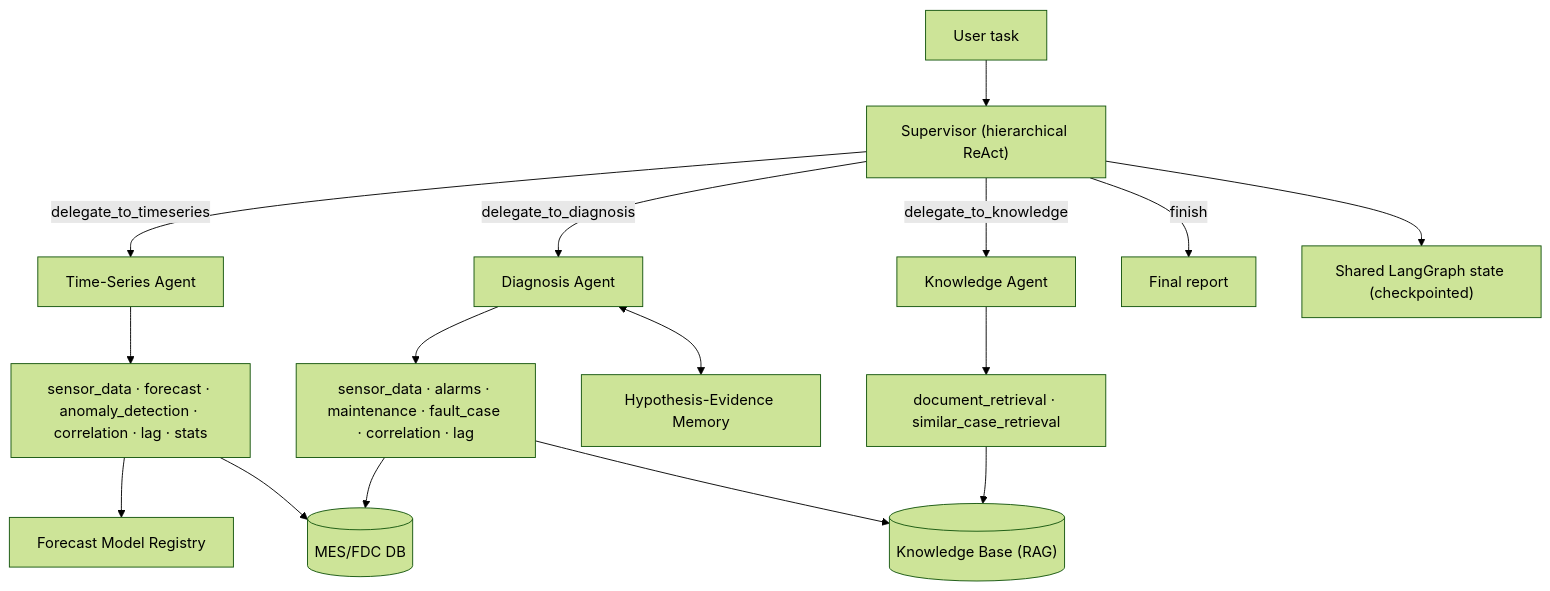
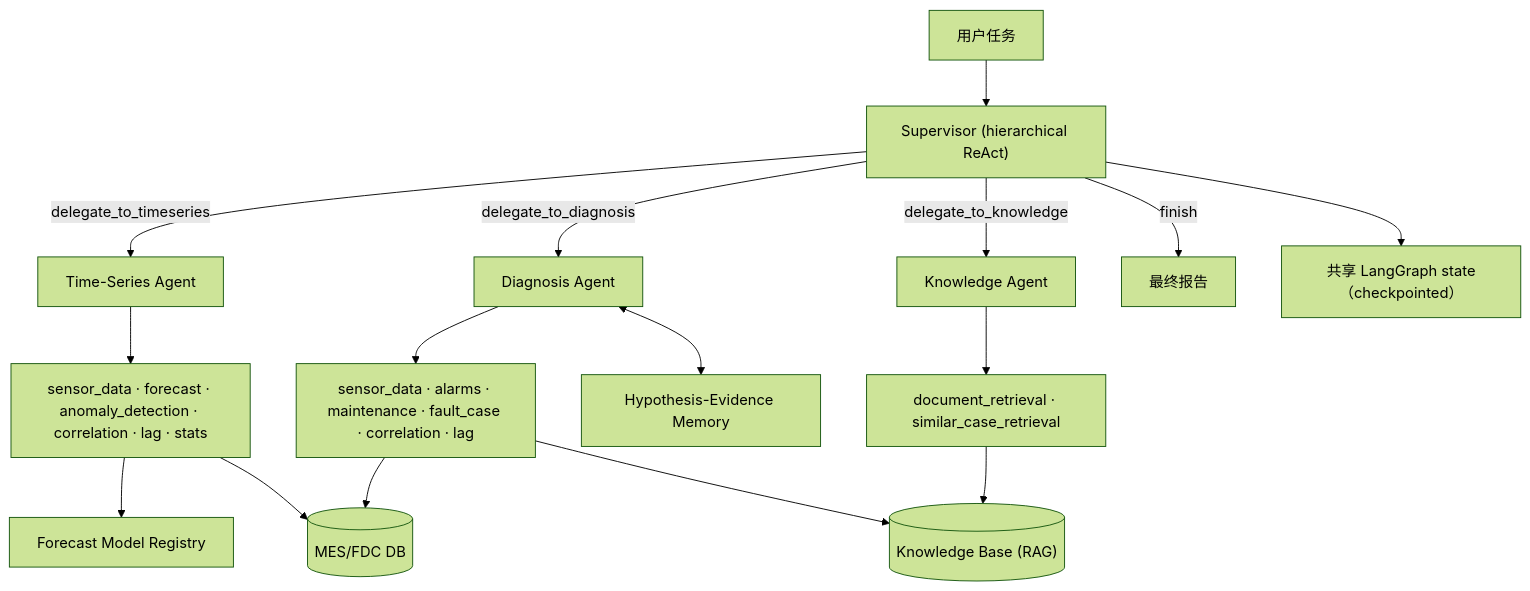
The diagram in README.md (ChenYan7120/FabPilot), drawn with Mermaid (forest theme) before and after one commit. The commit also changed other lines of this file and 85 other files, not shown here.

````diff
--- a/README.md
+++ b/README.md
@@ -37,22 +35,22 @@
 ```mermaid
 flowchart TB
-    USER["User task"] --> SUP["Supervisor (hierarchical ReAct)"]
+    USER["用户任务"] --> SUP["Supervisor (hierarchical ReAct)"]
 
     SUP -->|delegate_to_timeseries| TS["Time-Series Agent"]
     SUP -->|delegate_to_diagnosis| DX["Diagnosis Agent"]
     SUP -->|delegate_to_knowledge| KN["Knowledge Agent"]
-    SUP -->|finish| OUT["Final report"]
+    SUP -->|finish| OUT["最终报告"]
 
     TS --> TST["sensor_data · forecast · anomaly_detection · correlation · lag · stats"]
     DX --> DXT["sensor_data · alarms · maintenance · fault_case · correlation · lag"]
     DX <--> MEM["Hypothesis-Evidence Memory"]
     KN --> KNT["document_retrieval · similar_case_retrieval"]
 
     TST --> REG["Forecast Model Registry"]
     TST --> DB[("MES/FDC DB")]
     DXT --> DB
     KNT --> KB[("Knowledge Base (RAG)")]
     DXT --> KB
 
-    SUP --> STATE["Shared LangGraph state (checkpointed)"]
+    SUP --> STATE["共享 LangGraph state（checkpointed）"]
 ```
````
